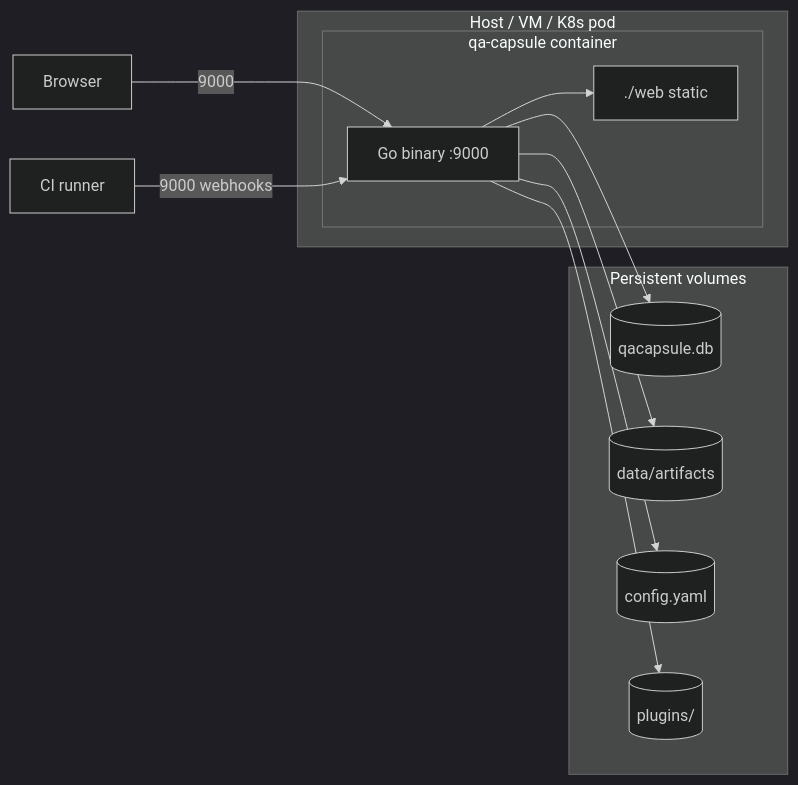
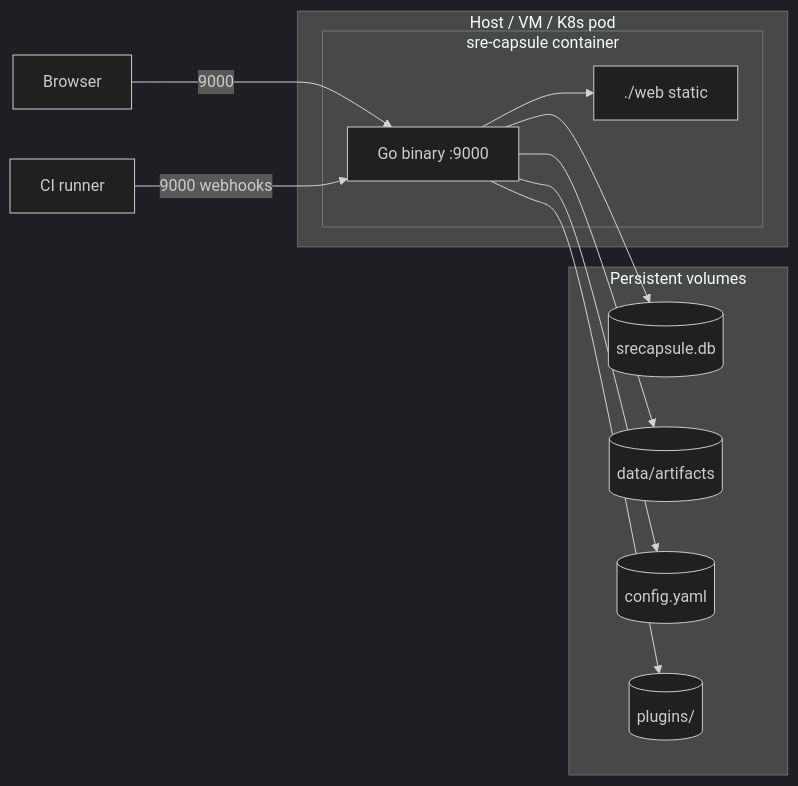
The fourth of 18 diagrams in docs/guides/design-diagrams.md (Ashraf-Khabar/qa-capsule), drawn with Mermaid (dark theme) before and after one commit. The commit also changed other lines of this file and 180 other files, not shown here.

First line of the commit message:
Refactor codebase to transition from QA Capsule to SRE Capsule

````diff
--- a/docs/guides/design-diagrams.md
+++ b/docs/guides/design-diagrams.md
@@ -136,24 +136,24 @@
 ```mermaid
 flowchart LR
     subgraph host [Host / VM / K8s pod]
-        subgraph container [qa-capsule container]
+        subgraph container [sre-capsule container]
             GO[Go binary :9000]
             WEB[./web static]
         end
     end
 
     subgraph volume [Persistent volumes]
-        SQLITE[(qacapsule.db)]
+        SQLITE[(srecapsule.db)]
         ARTIFACTS[(data/artifacts)]
         CONFIG[(config.yaml)]
         PLUGINS[(plugins/)]
     end
 
     BROWSER[Browser] -->|9000| GO
     CICD[CI runner] -->|9000 webhooks| GO
     GO --> SQLITE
     GO --> ARTIFACTS
     GO --> CONFIG
     GO --> PLUGINS
     GO --> WEB
 ```
````
